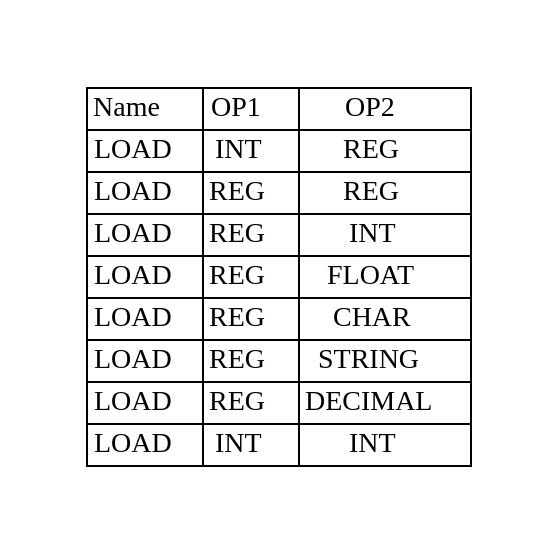
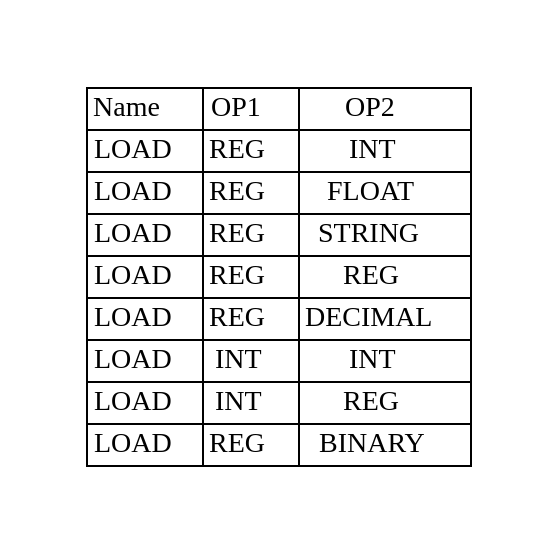
One commit to adesutherland/CREXX changed the diagram in docs/books/crexx_vm_spec/svg/load.gv. Above: the diagram before and after it, drawn with Graphviz. The commit also changed 167 other files, not shown here.

```diff
--- a/docs/books/crexx_vm_spec/svg/load.gv
+++ b/docs/books/crexx_vm_spec/svg/load.gv
@@ -1,16 +1,16 @@
 digraph{
 graph [pad="0.5", nodesep="0.5", ranksep="2" ]
 node [shape=plain]
 Foo [label=<
 <table border="0" cellborder="1" cellspacing="0">
 <tr><td> Name </td> <td> OP1 </td><td> OP2 </td> </tr>
-<tr><td> LOAD </td><td> INT </td><td> REG </td> </tr>
-<tr><td> LOAD </td><td> REG </td><td> REG </td> </tr>
 <tr><td> LOAD </td><td> REG </td><td> INT </td> </tr>
 <tr><td> LOAD </td><td> REG </td><td> FLOAT </td> </tr>
-<tr><td> LOAD </td><td> REG </td><td> CHAR </td> </tr>
 <tr><td> LOAD </td><td> REG </td><td> STRING </td> </tr>
+<tr><td> LOAD </td><td> REG </td><td> REG </td> </tr>
 <tr><td> LOAD </td><td> REG </td><td> DECIMAL </td> </tr>
 <tr><td> LOAD </td><td> INT </td><td> INT </td> </tr>
+<tr><td> LOAD </td><td> INT </td><td> REG </td> </tr>
+<tr><td> LOAD </td><td> REG </td><td> BINARY </td> </tr>
 </table>>];
 }
```
